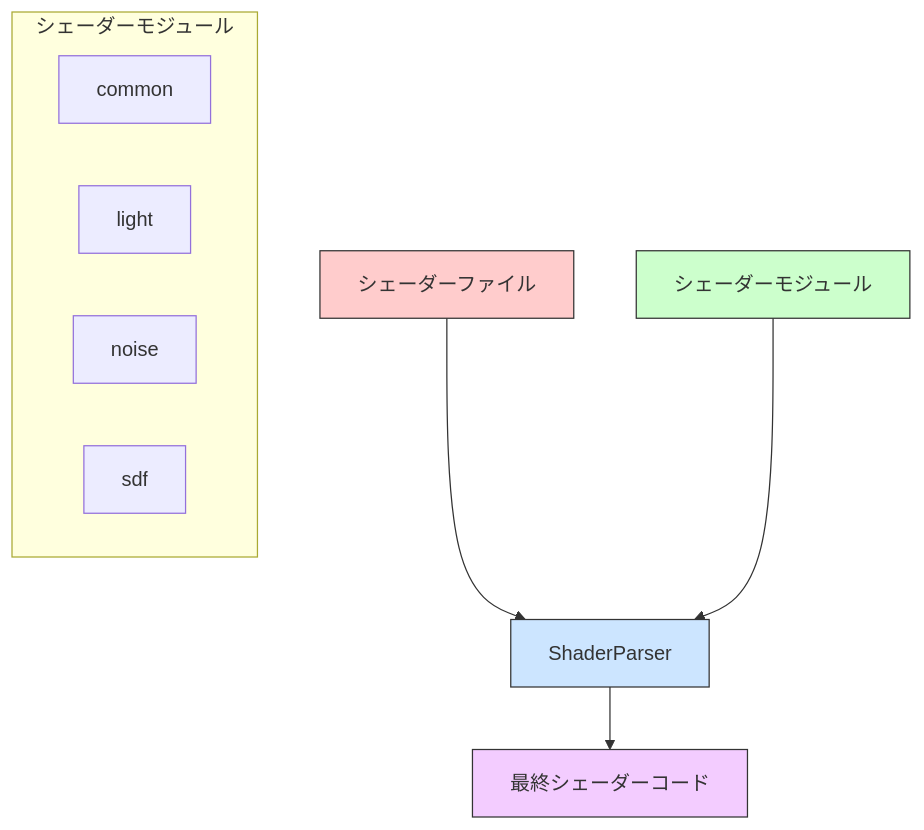
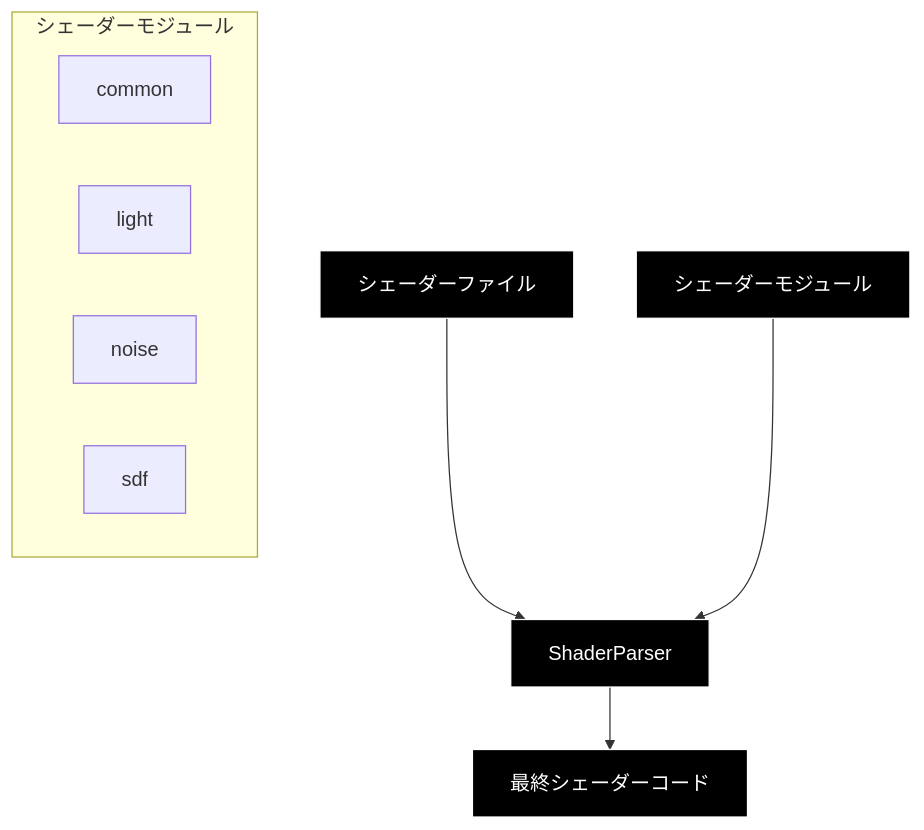
Before and after one commit to ukonpower/OREngine: the second of 3 diagrams in docs/core/render-pipeline.md, drawn with Mermaid. The commit also changed other lines of this file and 5 other files, not shown here.

Commit message:
docs: switch diagrams to dark theme

````diff
--- a/docs/core/render-pipeline.md
+++ b/docs/core/render-pipeline.md
@@ -250,18 +250,18 @@
 ```mermaid
 graph TD
     Shader[シェーダーファイル] --> Parser[ShaderParser]
     Modules[シェーダーモジュール] --> Parser
     Parser --> Final[最終シェーダーコード]
 
     subgraph "シェーダーモジュール"
     M1[common]
     M2[light]
     M3[noise]
     M4[sdf]
     end
 
-    style Shader fill:#ffcccc,stroke:#333
-    style Parser fill:#cce5ff,stroke:#333
-    style Modules fill:#ccffcc,stroke:#333
-    style Final fill:#f3ccff,stroke:#333
+    style Shader fill:#000,stroke:#fff,color:#fff
+    style Parser fill:#000,stroke:#fff,color:#fff
+    style Modules fill:#000,stroke:#fff,color:#fff
+    style Final fill:#000,stroke:#fff,color:#fff
 ```
````
